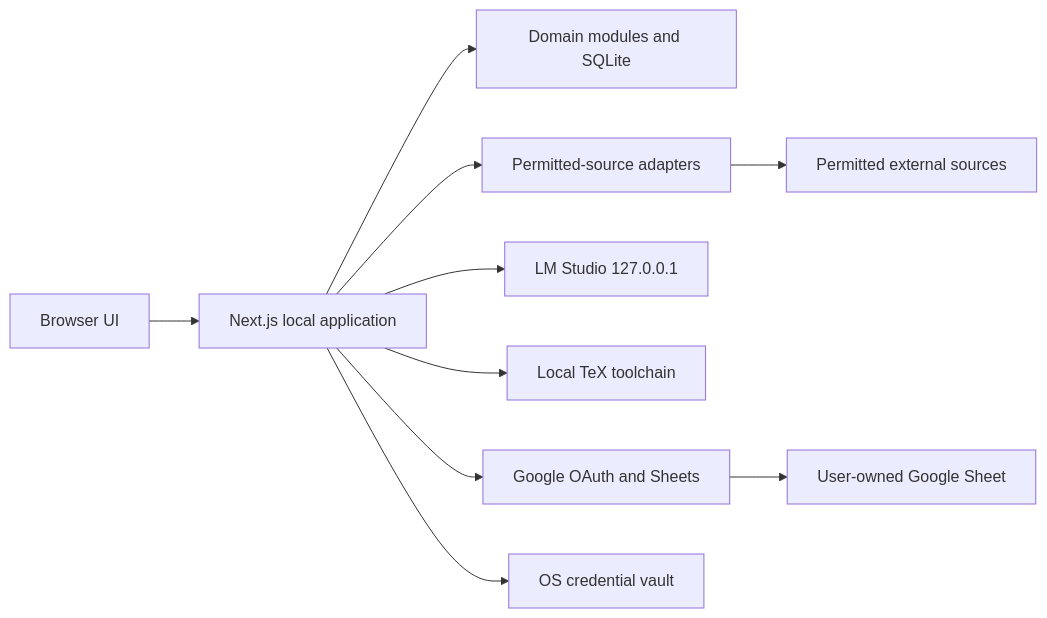
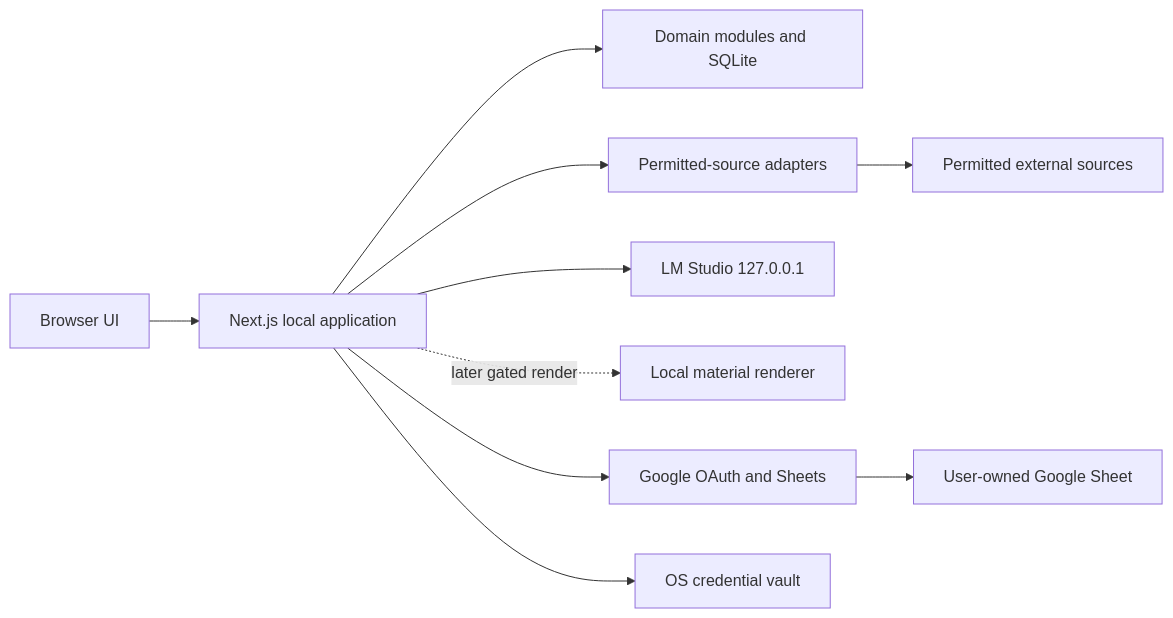
The first of 3 diagrams in _bmad-output/planning-artifacts/architecture/architecture-Resume-2026-08-07/ARCHITECTURE-SPINE.md (atjavier/career-workbench), drawn with Mermaid before and after one commit. The commit also changed other lines of this file and 43 other files, not shown here.

````diff
--- a/_bmad-output/planning-artifacts/architecture/architecture-Resume-2026-08-07/ARCHITECTURE-SPINE.md
+++ b/_bmad-output/planning-artifacts/architecture/architecture-Resume-2026-08-07/ARCHITECTURE-SPINE.md
@@ -26,12 +27,12 @@
 ```mermaid
 flowchart LR
   UI[Browser UI] --> APP[Next.js local application]
   APP --> CORE[Domain modules and SQLite]
   APP --> SRC[Permitted-source adapters]
   APP --> LLM[LM Studio 127.0.0.1]
-  APP --> TEX[Local TeX toolchain]
+  APP -. later gated render .-> RENDERER[Local material renderer]
   APP --> G[Google OAuth and Sheets]
   APP --> VAULT[OS credential vault]
   SRC --> WEB[Permitted external sources]
   G --> SHEETS[User-owned Google Sheet]
 ```
````
